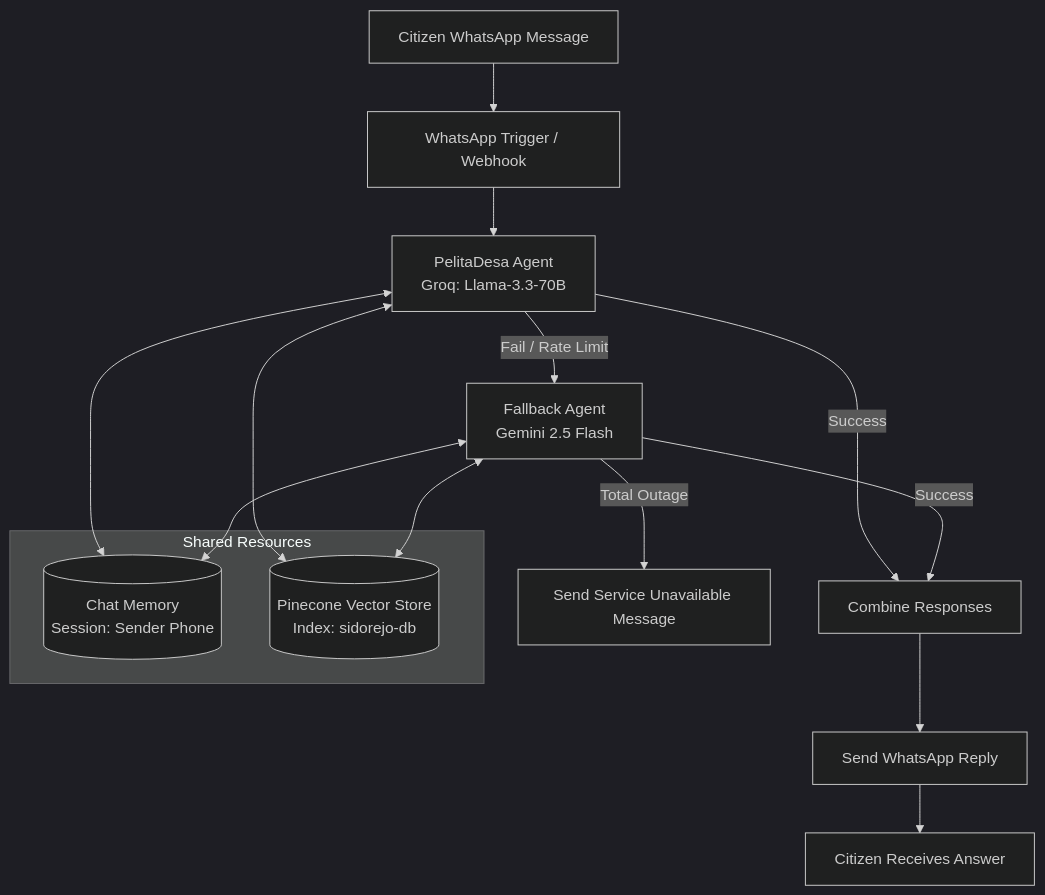
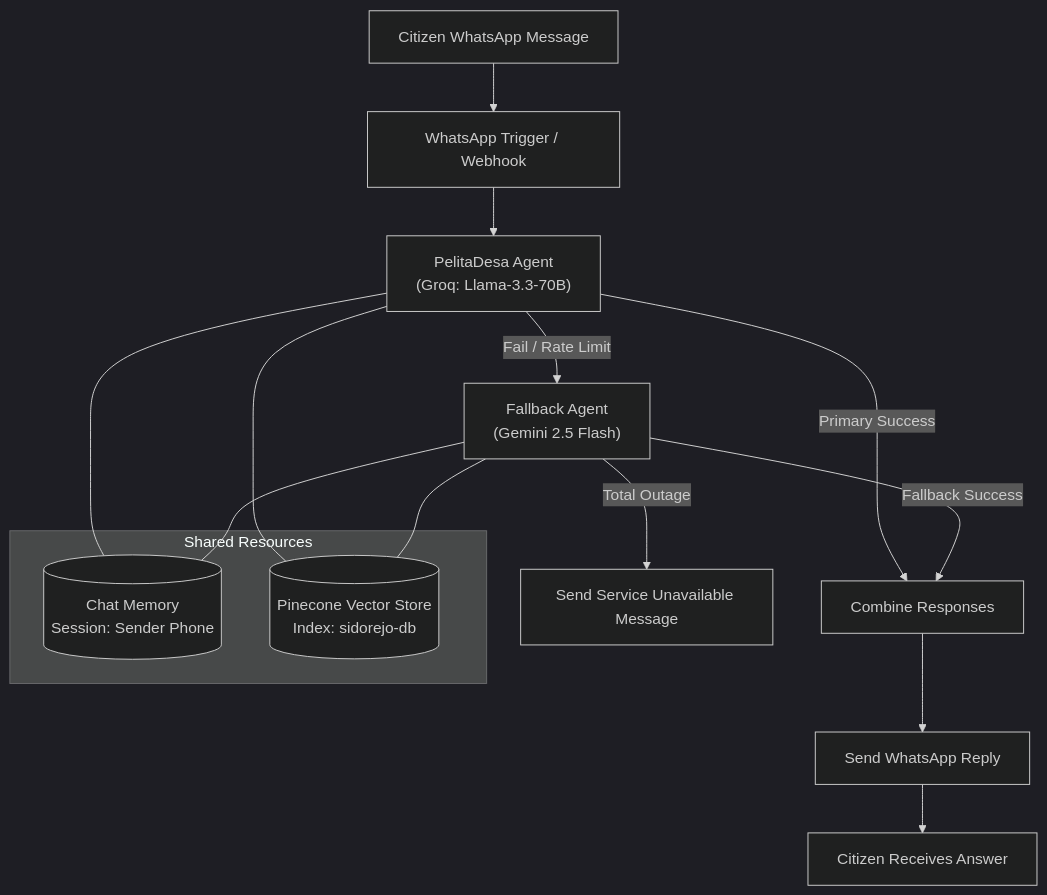
One commit to dapaadw/pelitadesa-agent changed the diagram in README.md. Above: the diagram before and after it, drawn with Mermaid (dark theme). The commit also changed other lines of this file, not shown here.

````diff
--- a/README.md
+++ b/README.md
@@ -9,25 +9,25 @@
 ```mermaid
 flowchart TD
-    A[Citizen WhatsApp Message] --> B[WhatsApp Trigger / Webhook]
-    B --> C[PelitaDesa Agent\nGroq: Llama-3.3-70B]
-    
-    subgraph Shared Resources
-        M[(Chat Memory\nSession: Sender Phone)]
-        KB[(Pinecone Vector Store\nIndex: sidorejo-db)]
+    A["Citizen WhatsApp Message"] --> B["WhatsApp Trigger / Webhook"]
+    B --> C["PelitaDesa Agent<br/>(Groq: Llama-3.3-70B)"]
+
+    subgraph Storage ["Shared Resources"]
+        M[("Chat Memory<br/>Session: Sender Phone")]
+        KB[("Pinecone Vector Store<br/>Index: sidorejo-db")]
     end
-    
-    C <--> M
-    C <--> KB
-    
-    C -->|Success| D[Combine Responses]
-    C -->|Fail / Rate Limit| E[Fallback Agent\nGemini 2.5 Flash]
-    
-    E <--> M
-    E <--> KB
-    
-    E -->|Success| D
-    E -->|Total Outage| F[Send Service Unavailable Message]
-    
-    D --> G[Send WhatsApp Reply]
-    G --> H[Citizen Receives Answer]
+
+    C --- M
+    C --- KB
+
+    C -->|"Primary Success"| D["Combine Responses"]
+    C -->|"Fail / Rate Limit"| E["Fallback Agent<br/>(Gemini 2.5 Flash)"]
+
+    E --- M
+    E --- KB
+
+    E -->|"Fallback Success"| D
+    E -->|"Total Outage"| F["Send Service Unavailable Message"]
+
+    D --> G["Send WhatsApp Reply"]
+    G --> H["Citizen Receives Answer"]
 ```
````
